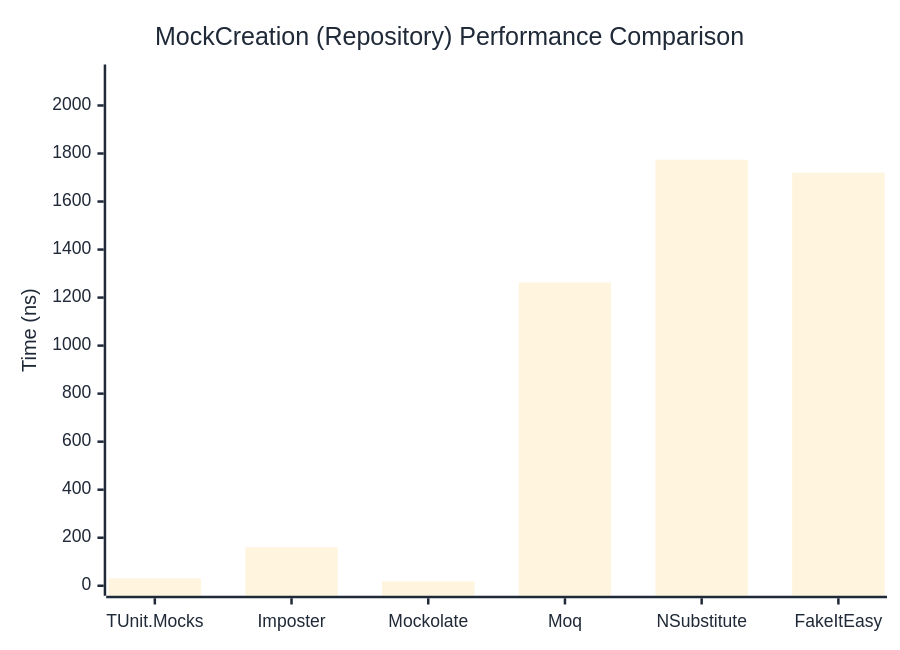
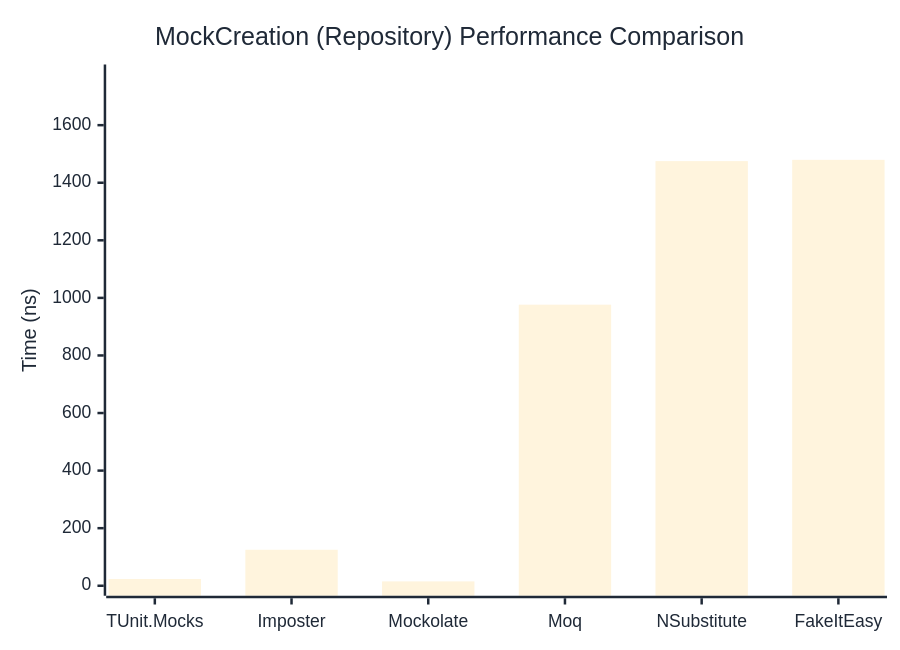
The second of 2 diagrams in docs/docs/benchmarks/mocks/MockCreation.md (thomhurst/TUnit), drawn with Mermaid before and after one commit. The commit also changed other lines of this file and 14 other files, not shown here.

````diff
--- a/docs/docs/benchmarks/mocks/MockCreation.md
+++ b/docs/docs/benchmarks/mocks/MockCreation.md
@@ -71,27 +71,27 @@
 ```mermaid
 %%{init: {
   'theme':'base',
   'themeVariables': {
     'primaryColor': '#2563eb',
     'primaryTextColor': '#1f2937',
     'primaryBorderColor': '#1e40af',
     'lineColor': '#6b7280',
     'secondaryColor': '#7c3aed',
     'tertiaryColor': '#dc2626',
     'background': '#ffffff',
     'pie1': '#2563eb',
     'pie2': '#7c3aed',
     'pie3': '#dc2626',
     'pie4': '#f59e0b',
     'pie5': '#10b981',
     'pie6': '#06b6d4',
     'pie7': '#ec4899',
     'pie8': '#6366f1'
   }
 }}%%
 xychart-beta
   title "MockCreation (Repository) Performance Comparison"
   x-axis ["TUnit.Mocks", "Imposter", "Mockolate", "Moq", "NSubstitute", "FakeItEasy"]
-  y-axis "Time (ns)" 0 --> 2129
-  bar [30.61, 160.01, 18.18, 1262.87, 1774, 1720.61]
+  y-axis "Time (ns)" 0 --> 1776
+  bar [23.42, 125.04, 15.1, 976.43, 1475.17, 1479.55]
 ```
````
